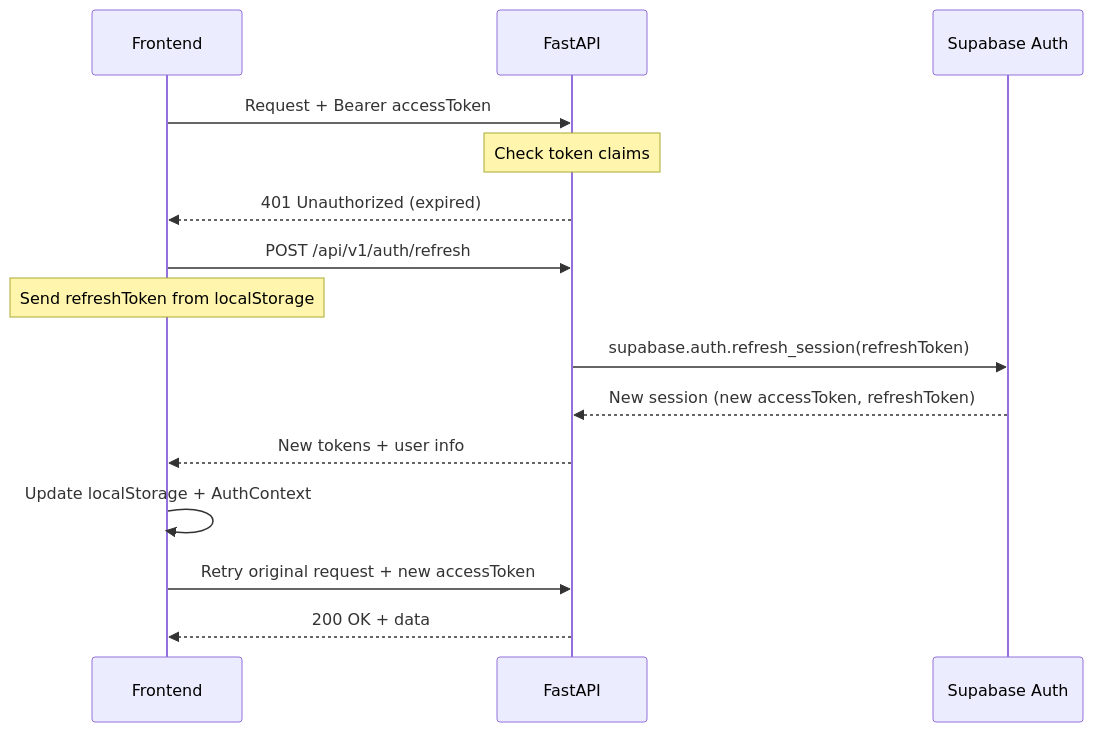
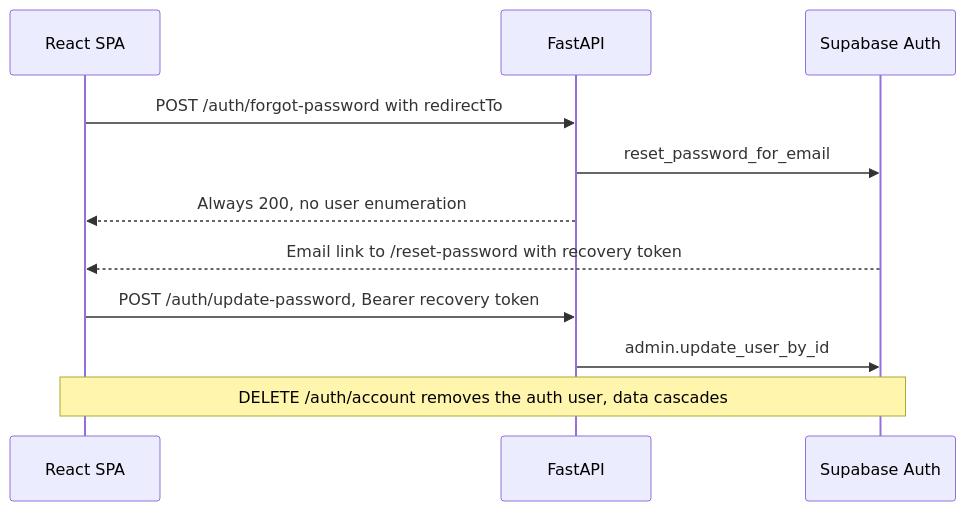
The seventh of 15 diagrams in portfolio-react/public/docs/singgahluhh.md (snsyaqirah/snsyaqirah.github.io), drawn with Mermaid before and after one commit. The commit also changed other lines of this file and 101 other files, not shown here.

````diff
--- a/portfolio-react/public/docs/singgahluhh.md
+++ b/portfolio-react/public/docs/singgahluhh.md
@@ -382,20 +276,14 @@
 ```mermaid
 sequenceDiagram
-    participant FE as Frontend
+    participant FE as React SPA
     participant API as FastAPI
-    participant SB as Supabase Auth
+    participant SA as Supabase Auth
 
-    FE->>API: Request + Bearer accessToken
-    Note over API: Check token claims
-    API-->>FE: 401 Unauthorized (expired)
-    
-    FE->>API: POST /api/v1/auth/refresh
-    Note over FE: Send refreshToken from localStorage
-    API->>SB: supabase.auth.refresh_session(refreshToken)
-    SB-->>API: New session (new accessToken, refreshToken)
-    API-->>FE: New tokens + user info
-    FE->>FE: Update localStorage + AuthContext
-    
-    FE->>API: Retry original request + new accessToken
-    API-->>FE: 200 OK + data
+    FE->>API: POST /auth/forgot-password with redirectTo
+    API->>SA: reset_password_for_email
+    API-->>FE: Always 200, no user enumeration
+    SA-->>FE: Email link to /reset-password with recovery token
+    FE->>API: POST /auth/update-password, Bearer recovery token
+    API->>SA: admin.update_user_by_id
+    Note over FE,SA: DELETE /auth/account removes the auth user, data cascades
 ```
````
